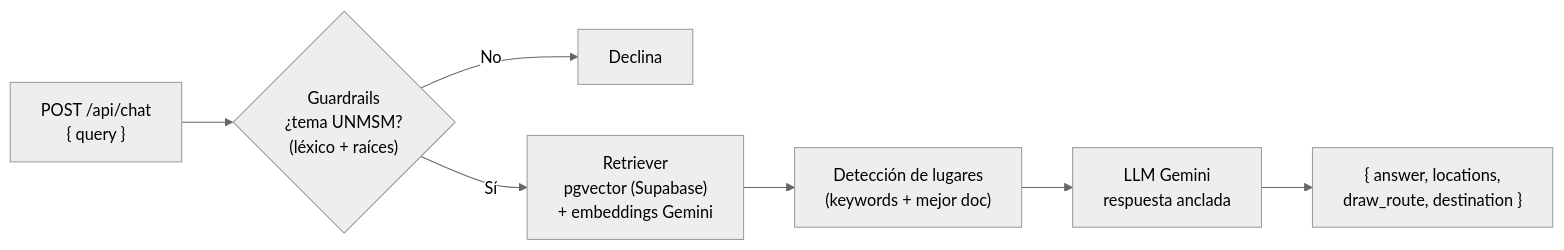
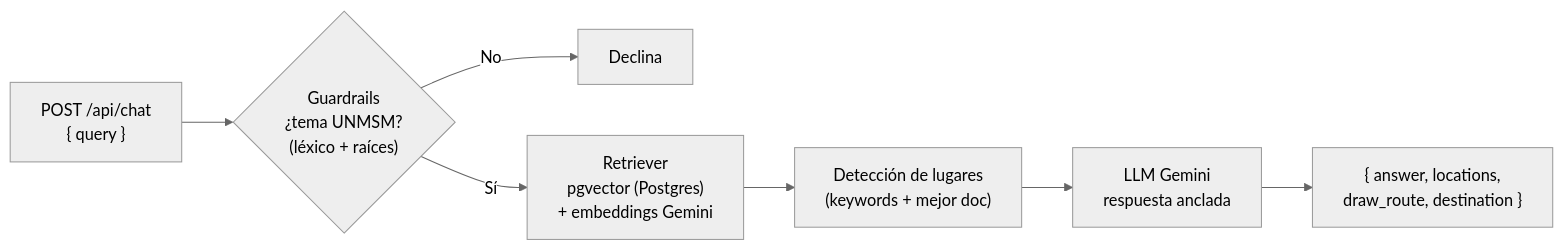
The diagram in backend/README.md (frank777ch/OndeSanMarcos), drawn with Mermaid (neutral theme) before and after one commit. The commit also changed other lines of this file and 48 other files, not shown here.

First line of the commit message:
feat(backend): HU-23 Postgres con pgvector en Docker, Flyway y sin Supabase

````diff
--- a/backend/README.md
+++ b/backend/README.md
@@ -51,9 +51,9 @@
 ```mermaid
 flowchart LR
     q["POST /api/chat<br/>{ query }"] --> g{"Guardrails<br/>¿tema UNMSM?<br/>(léxico + raíces)"}
     g -->|No| d["Declina"]
-    g -->|Sí| r["Retriever<br/>pgvector (Supabase)<br/>+ embeddings Gemini"]
+    g -->|Sí| r["Retriever<br/>pgvector (Postgres)<br/>+ embeddings Gemini"]
     r --> p["Detección de lugares<br/>(keywords + mejor doc)"]
     p --> l["LLM Gemini<br/>respuesta anclada"]
     l --> resp["{ answer, locations,<br/>draw_route, destination }"]
 ```
````
